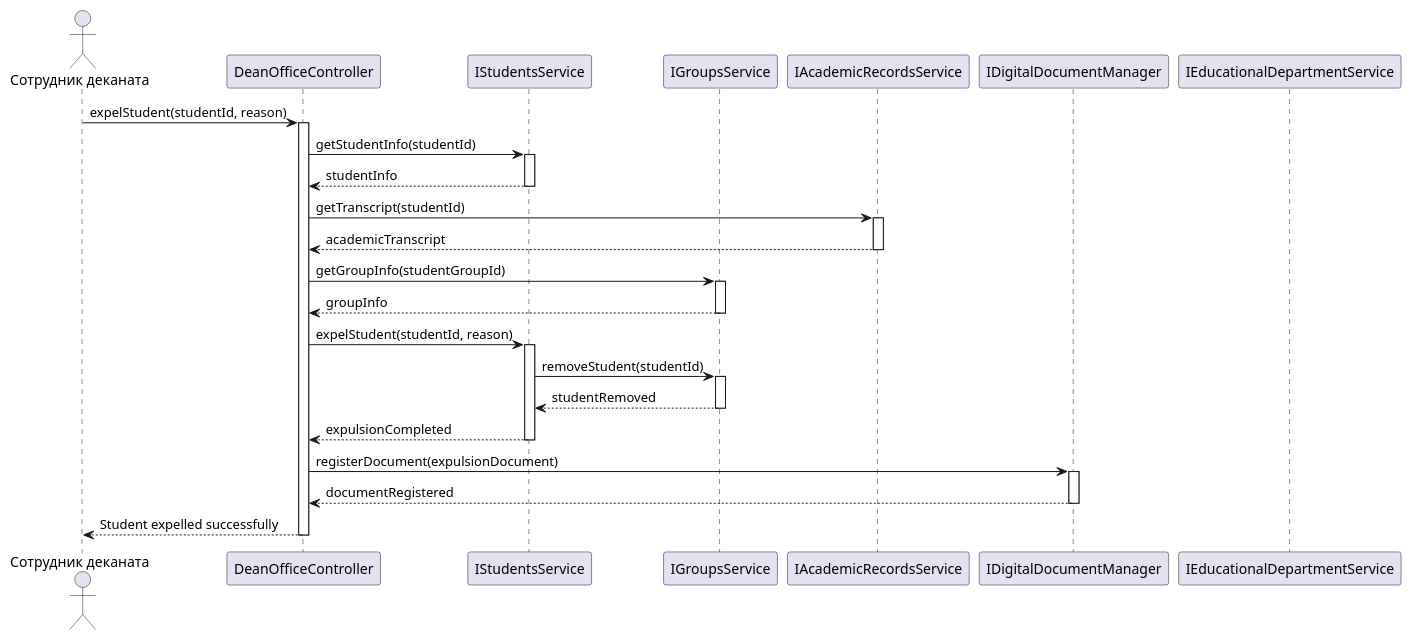
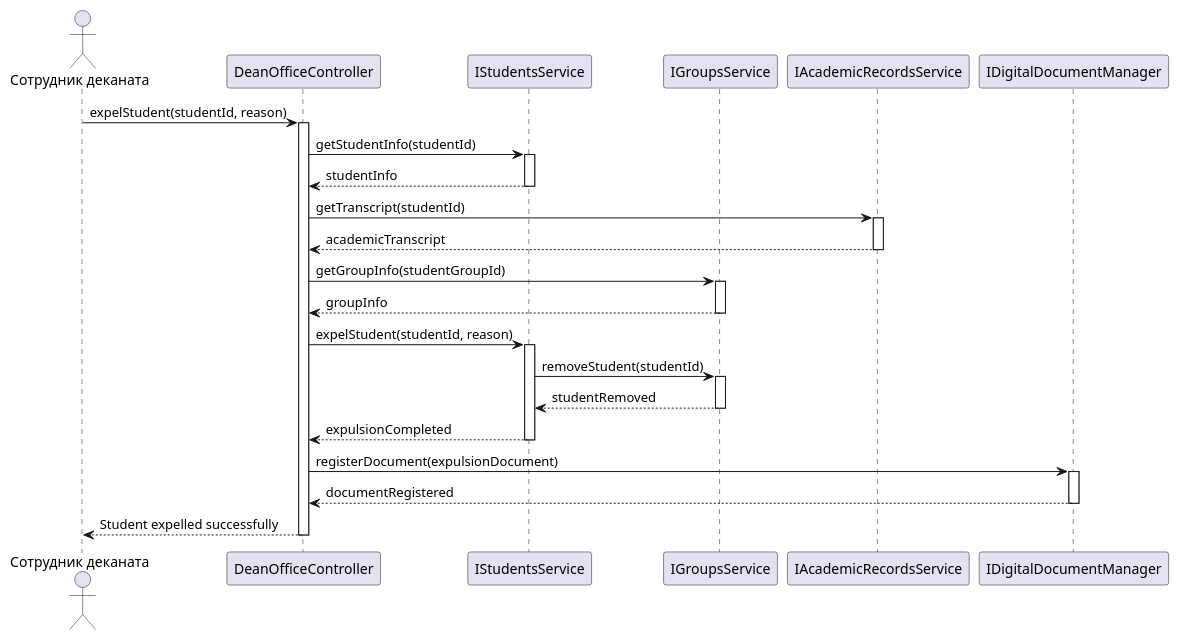
One commit to penamarth/bsbo-01-23_team3_var4_dekanat changed the diagram in Диаграмма последовательности Отчисление студента.md. Above: the diagram before and after it, drawn with PlantUML.

Commit message:
Update Диаграмма последовательности Отчисление студента.md

````diff
--- a/Диаграмма последовательности Отчисление студента.md
+++ b/Диаграмма последовательности Отчисление студента.md
@@ -1,48 +1,47 @@
 ```plantuml
 @startuml
 actor "Сотрудник деканата" as DeanWorker
 participant "DeanOfficeController" as DO
 participant "IStudentsService" as ISS
 participant "IGroupsService" as IGS
 participant "IAcademicRecordsService" as IARS
 participant "IDigitalDocumentManager" as IDDM
-participant "IEducationalDepartmentService" as IEDS
 
 DeanWorker -> DO: expelStudent(studentId, reason)
 activate DO
 
 DO -> ISS: getStudentInfo(studentId)
 activate ISS
 ISS --> DO: studentInfo
 deactivate ISS
 
 DO -> IARS: getTranscript(studentId)
 activate IARS
 IARS --> DO: academicTranscript
 deactivate IARS
 
 DO -> IGS: getGroupInfo(studentGroupId)
 activate IGS
 IGS --> DO: groupInfo
 deactivate IGS
 
 DO -> ISS: expelStudent(studentId, reason)
 activate ISS
 
 ISS -> IGS: removeStudent(studentId)
 activate IGS
 IGS --> ISS: studentRemoved
 deactivate IGS
 
 ISS --> DO: expulsionCompleted
 deactivate ISS
 
 DO -> IDDM: registerDocument(expulsionDocument)
 activate IDDM
 IDDM --> DO: documentRegistered
 deactivate IDDM
 
 DO --> DeanWorker: Student expelled successfully
 deactivate DO
 @enduml
 ```
````
